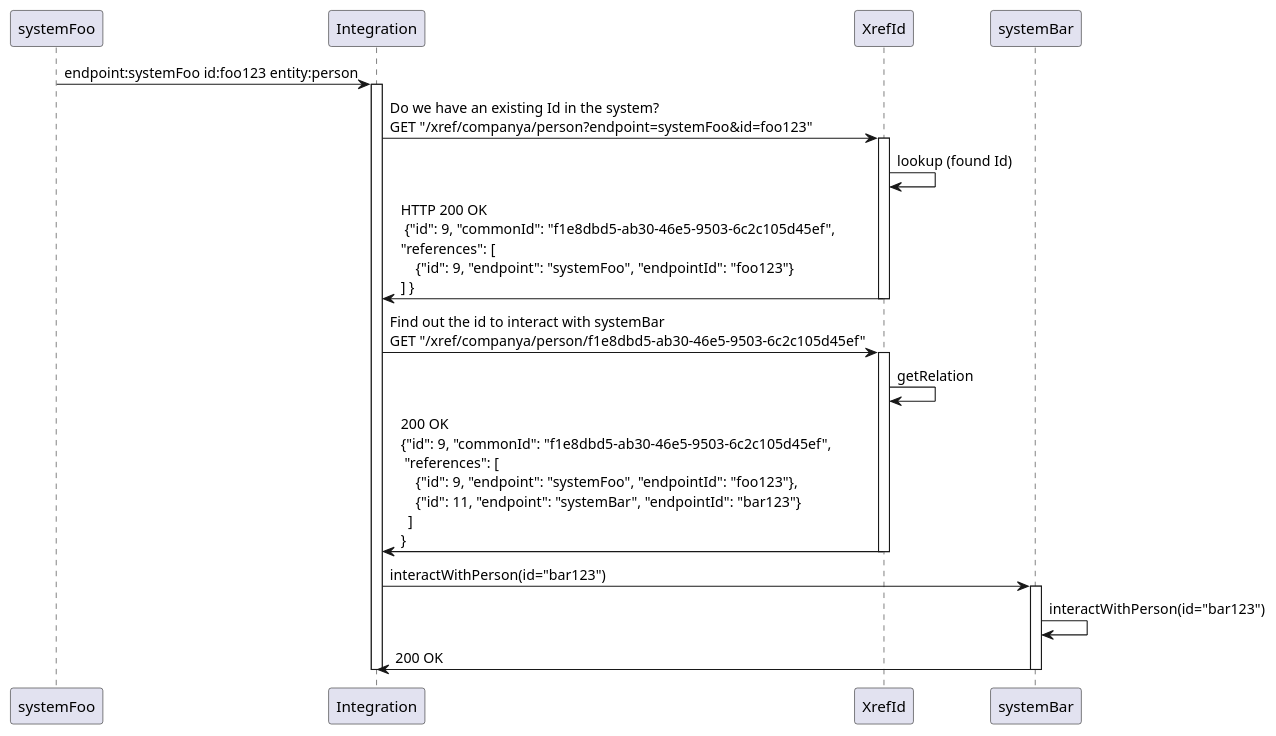
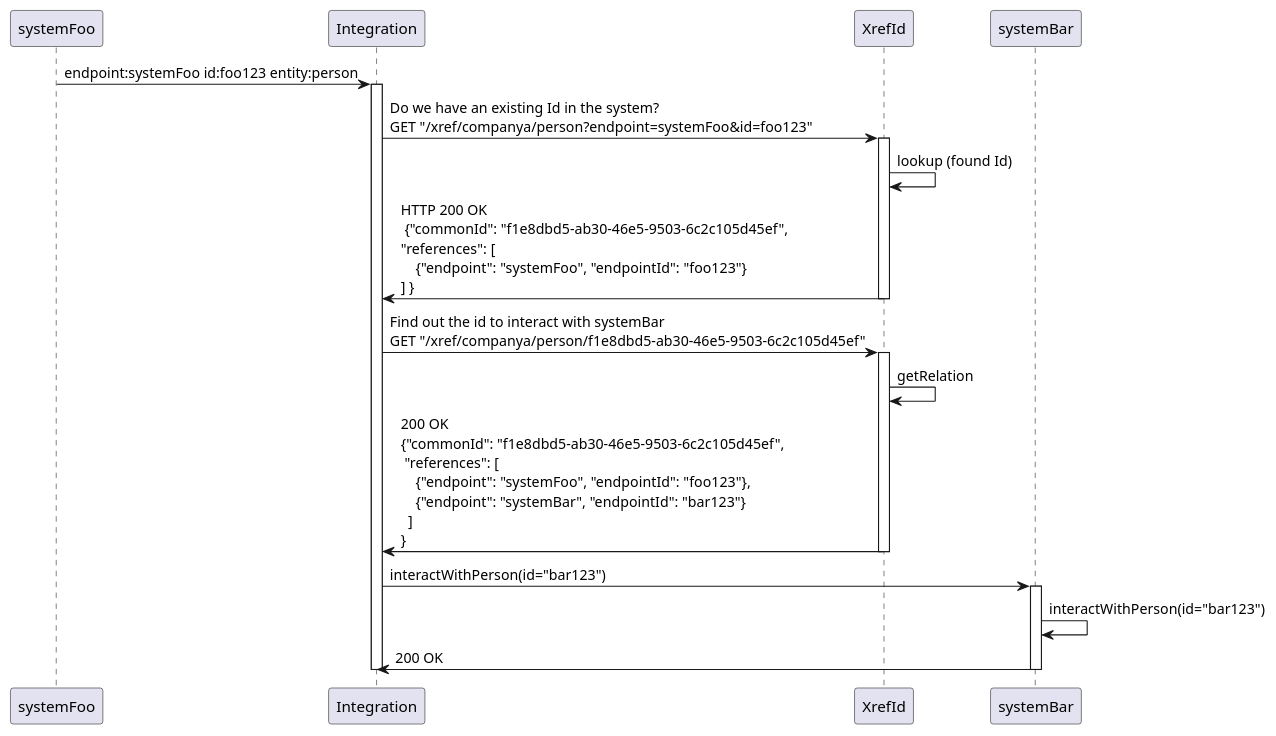
The diagram in puml/xref-sequence-aftercreate.puml (welshstew/xref-id-camel), drawn with PlantUML before and after one commit. The commit also changed 8 other files, not shown here.

```diff
--- a/puml/xref-sequence-aftercreate.puml
+++ b/puml/xref-sequence-aftercreate.puml
@@ -1,21 +1,21 @@
 @startuml
 systemFoo -> Integration: endpoint:systemFoo id:foo123 entity:person
 activate Integration
 Integration -> XrefId: Do we have an existing Id in the system? \nGET "/xref/companya/person?endpoint=systemFoo&id=foo123"
 activate XrefId
 XrefId -> XrefId: lookup (found Id)
-XrefId -> Integration : HTTP 200 OK \n {"id": 9, "commonId": "f1e8dbd5-ab30-46e5-9503-6c2c105d45ef", \n"references": [\n    {"id": 9, "endpoint": "systemFoo", "endpointId": "foo123"} \n] }
+XrefId -> Integration : HTTP 200 OK \n {"commonId": "f1e8dbd5-ab30-46e5-9503-6c2c105d45ef", \n"references": [\n    {"endpoint": "systemFoo", "endpointId": "foo123"} \n] }
 deactivate XrefId
 Integration -> XrefId: Find out the id to interact with systemBar \nGET "/xref/companya/person/f1e8dbd5-ab30-46e5-9503-6c2c105d45ef"
 activate XrefId
 XrefId -> XrefId: getRelation
-XrefId -> Integration: 200 OK \n{"id": 9, "commonId": "f1e8dbd5-ab30-46e5-9503-6c2c105d45ef", \n "references": [ \n    {"id": 9, "endpoint": "systemFoo", "endpointId": "foo123"}, \n    {"id": 11, "endpoint": "systemBar", "endpointId": "bar123"} \n  ] \n}
+XrefId -> Integration: 200 OK \n{"commonId": "f1e8dbd5-ab30-46e5-9503-6c2c105d45ef", \n "references": [ \n    {"endpoint": "systemFoo", "endpointId": "foo123"}, \n    {"endpoint": "systemBar", "endpointId": "bar123"} \n  ] \n}
 deactivate XrefId
 Integration -> systemBar: interactWithPerson(id="bar123")
 activate systemBar
 systemBar -> systemBar: interactWithPerson(id="bar123")
 systemBar -> Integration: 200 OK
 deactivate systemBar
 deactivate XrefId
 deactivate Integration
 @enduml
```
